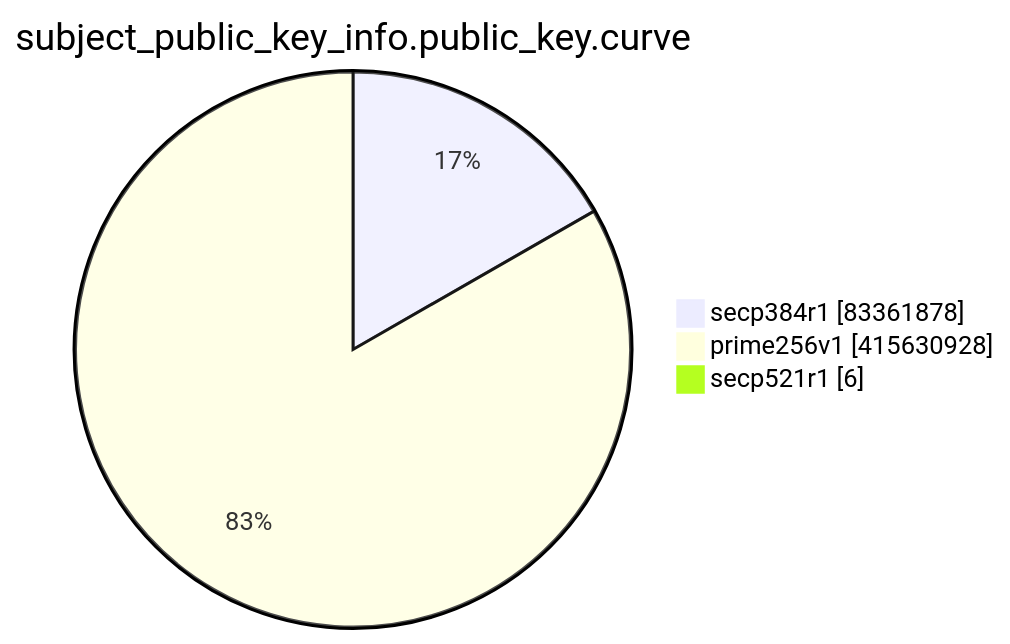
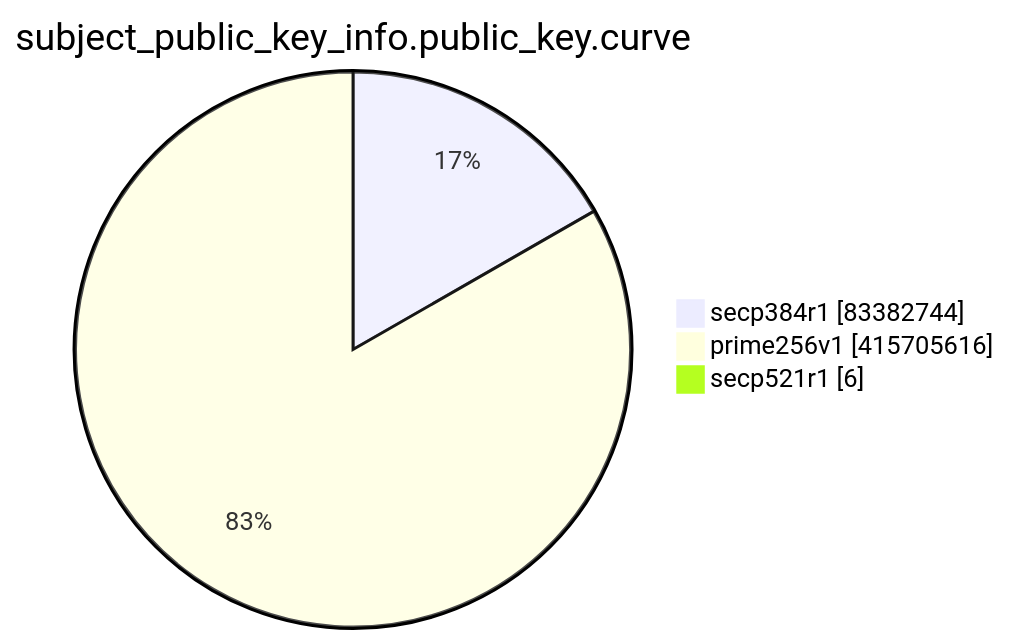
One commit to christiankrug/ctmonitor_visualization changed the eighth of 15 diagrams in TOTAL/README.md. Above: the diagram before and after it, drawn with Mermaid. The commit also changed other lines of this file, not shown here.

````diff
--- a/TOTAL/README.md
+++ b/TOTAL/README.md
@@ -3098,7 +3098,7 @@
 ```mermaid
 pie showData
 title subject_public_key_info.public_key.curve
-"secp384r1" :83361878
-"prime256v1" :415630928
+"secp384r1" :83382744
+"prime256v1" :415705616
 "secp521r1" :6
 ```
````
